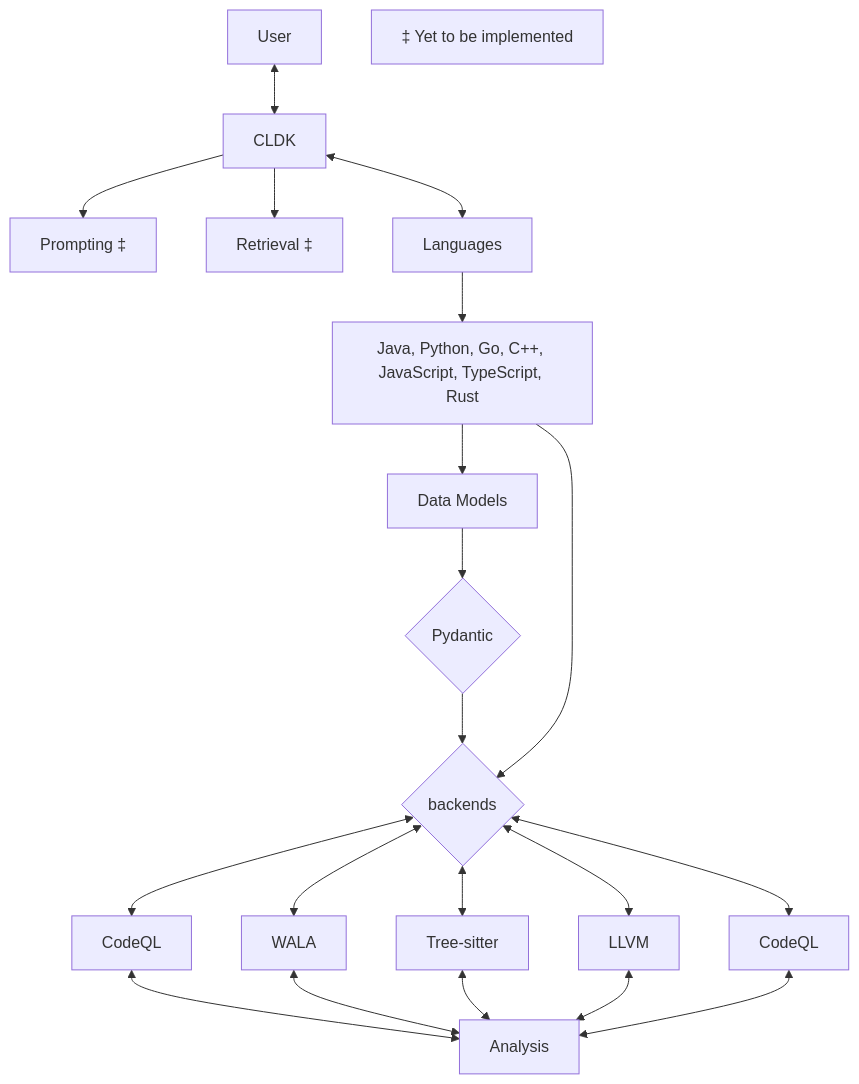
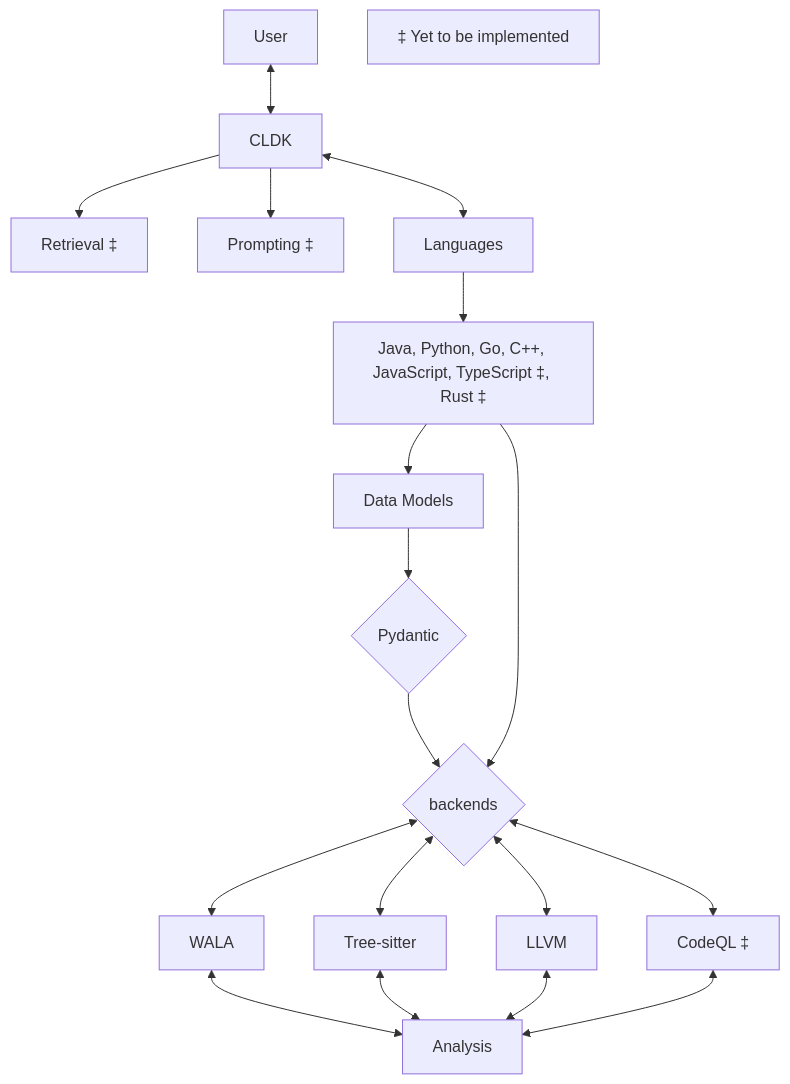
Before and after one commit to IBM/codellm-devkit: the diagram in README.md, drawn with Mermaid.

````diff
--- a/README.md
+++ b/README.md
@@ -52,25 +52,24 @@
 ```mermaid
 graph TD
 User <--> A[CLDK]
+    A --> 15[Retrieval ‡]
+    A --> 16[Prompting ‡]
     A[CLDK] <--> B[Languages]
-        B --> C[Java, Python, Go, C++, JavaScript, TypeScript, Rust]
+        B --> C[Java, Python, Go, C++, JavaScript, TypeScript ‡, Rust ‡]
             C --> D[Data Models]
                 D --> 13{Pydantic}
             13 --> 7            
             C --> 7{backends}
-                7 <--> 8[CodeQL]
-                    8 <--> 14[Analysis]
                 7 <--> 9[WALA]
                     9 <--> 14[Analysis]
                 7 <--> 10[Tree-sitter] 
                     10 <--> 14[Analysis]
                 7 <--> 11[LLVM]
                     11 <--> 14[Analysis]
-                7 <--> 12[CodeQL]
+                7 <--> 12[CodeQL ‡]
                     12 <--> 14[Analysis]
 
-    A --> 17[Retrieval ‡]
-    A --> 16[Prompting ‡]
+    
 
 X[‡ Yet to be implemented]
 ```
````
